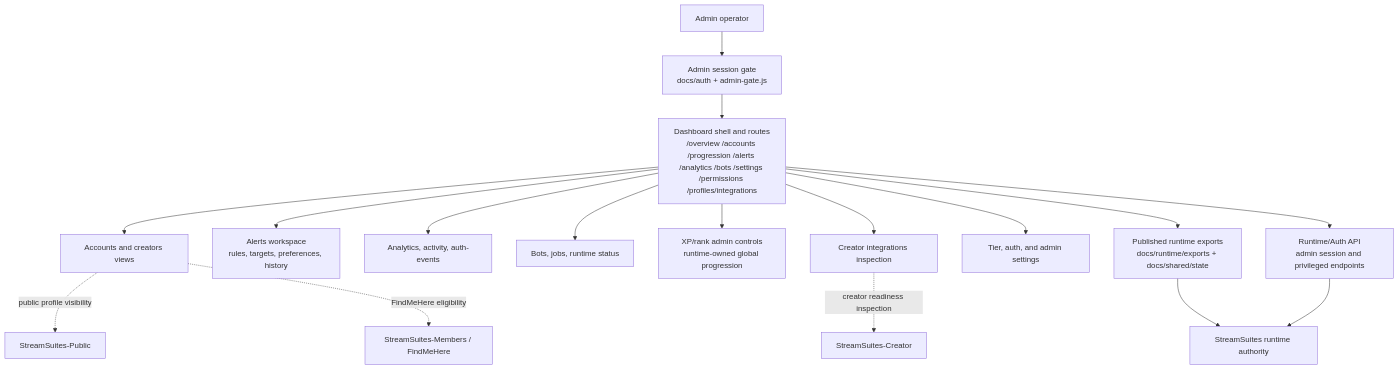
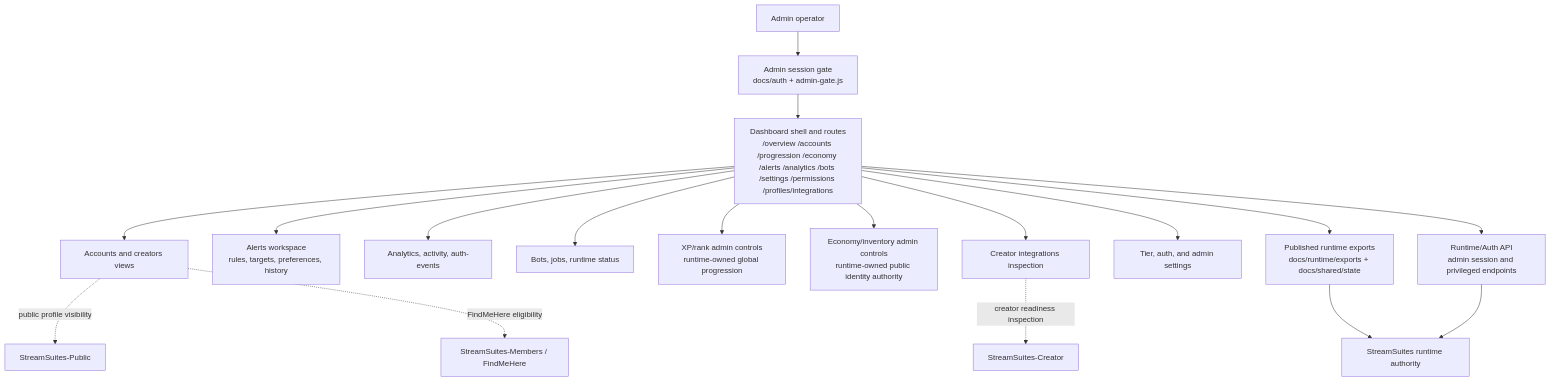
One commit to BSMediaGroup/StreamSuites-Dashboard changed the diagram in README.md. Above: the diagram before and after it, drawn with Mermaid. The commit also changed other lines of this file and 70 other files, not shown here.

First line of the commit message:
Add admin economy and inventory controls

````diff
--- a/README.md
+++ b/README.md
@@ -23,22 +23,23 @@
 ```mermaid
 flowchart TD
     Admin["Admin operator"] --> Gate["Admin session gate<br/>docs/auth + admin-gate.js"]
-    Gate --> Shell["Dashboard shell and routes<br/>/overview /accounts /progression /alerts /analytics /bots /settings /permissions /profiles/integrations"]
+    Gate --> Shell["Dashboard shell and routes<br/>/overview /accounts /progression /economy /alerts /analytics /bots /settings /permissions /profiles/integrations"]
 
     Shell --> Accounts["Accounts and creators views"]
     Shell --> Alerts["Alerts workspace<br/>rules, targets, preferences, history"]
     Shell --> Analytics["Analytics, activity, auth-events"]
     Shell --> Bots["Bots, jobs, runtime status"]
     Shell --> Progression["XP/rank admin controls<br/>runtime-owned global progression"]
+    Shell --> Economy["Economy/inventory admin controls<br/>runtime-owned public identity authority"]
     Shell --> Integrations["Creator integrations inspection"]
     Shell --> Settings["Tier, auth, and admin settings"]
 
     Shell --> RuntimeExports["Published runtime exports<br/>docs/runtime/exports + docs/shared/state"]
     Shell --> Auth["Runtime/Auth API<br/>admin session and privileged endpoints"]
     RuntimeExports --> Runtime["StreamSuites runtime authority"]
     Auth --> Runtime
 
     Accounts -. public profile visibility .-> Public["StreamSuites-Public"]
     Accounts -. FindMeHere eligibility .-> Members["StreamSuites-Members / FindMeHere"]
     Integrations -. creator readiness inspection .-> Creator["StreamSuites-Creator"]
 ```
````
